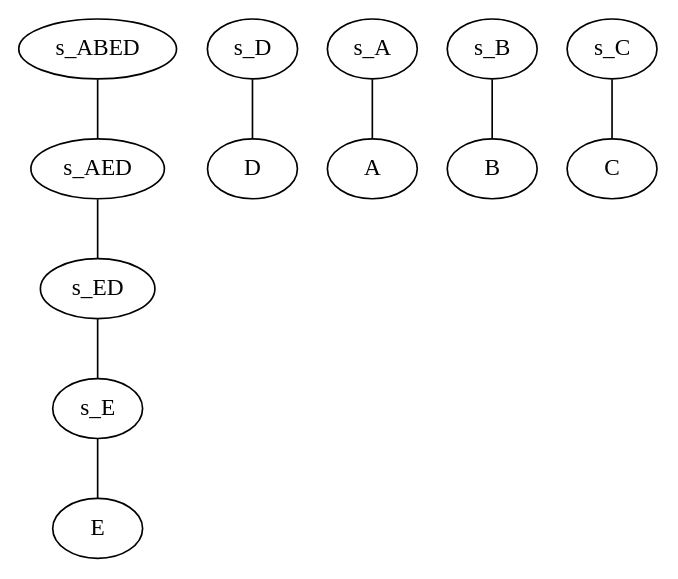
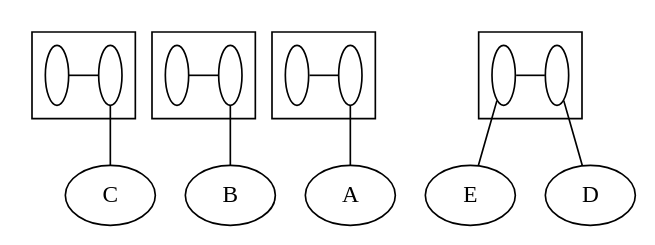
One commit to lrodrin/TFG changed the diagram in src/final/Estructura.dot. Above: the diagram before and after it, drawn with Graphviz. The commit also changed 2 other files, not shown here.

```diff
--- a/src/final/Estructura.dot
+++ b/src/final/Estructura.dot
@@ -1,16 +1,53 @@
 digraph G {
 compound=True;
+C;
+B;
+A;
 E;
 D;
-A;
-B;
-C;
+subgraph cluster_BEADC {
+s_BEDA [fixedsize=True, width=0.2, label=" ", fillcolor=white];
+s_C [fixedsize=True, width=0.2, label=" ", fillcolor=white];
+subgraph  {
+rank=same;
+s_BEDA -> s_C  [arrowhead=none];
+}
+
+}
+
+subgraph cluster_BEDA {
+s_EDA [fixedsize=True, width=0.2, label=" ", fillcolor=white];
+s_B [fixedsize=True, width=0.2, label=" ", fillcolor=white];
+subgraph  {
+rank=same;
+s_EDA -> s_B  [arrowhead=none];
+}
+
+}
+
+subgraph cluster_EDA {
+s_ED [fixedsize=True, width=0.2, label=" ", fillcolor=white];
+s_A [fixedsize=True, width=0.2, label=" ", fillcolor=white];
+subgraph  {
+rank=same;
+s_ED -> s_A  [arrowhead=none];
+}
+
+}
+
+subgraph cluster_ED {
+s_E [fixedsize=True, width=0.2, label=" ", fillcolor=white];
+s_D [fixedsize=True, width=0.2, label=" ", fillcolor=white];
+subgraph  {
+rank=same;
+s_E -> s_D  [arrowhead=none];
+}
+
+}
+
+s_C -> C  [arrowhead=none];
+s_B -> B  [arrowhead=none];
+s_A -> A  [arrowhead=none];
 s_E -> E  [arrowhead=none];
 s_D -> D  [arrowhead=none];
-s_A -> A  [arrowhead=none];
-s_B -> B  [arrowhead=none];
-s_C -> C  [arrowhead=none];
-s_ABED -> s_AED  [lhead=cluster_ABED, arrowhead=none];
-s_AED -> s_ED  [lhead=cluster_AED, arrowhead=none];
-s_ED -> s_E  [lhead=cluster_ED, arrowhead=none];
 }
```
